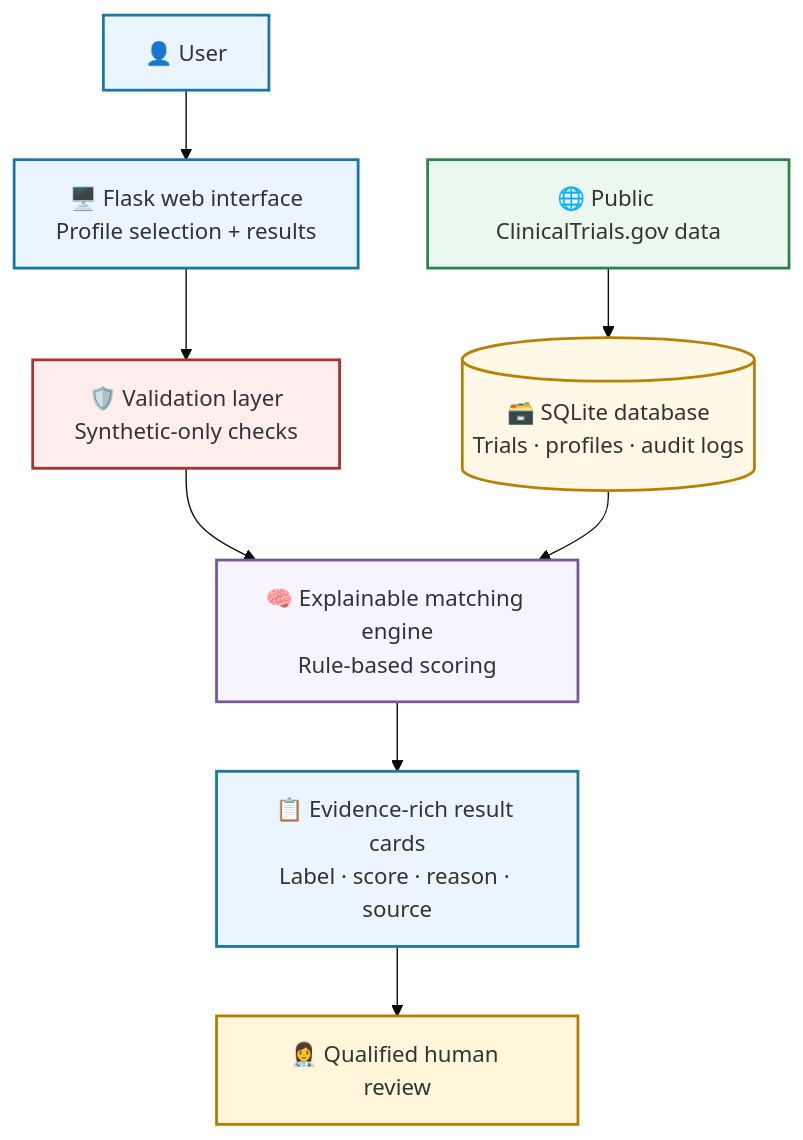
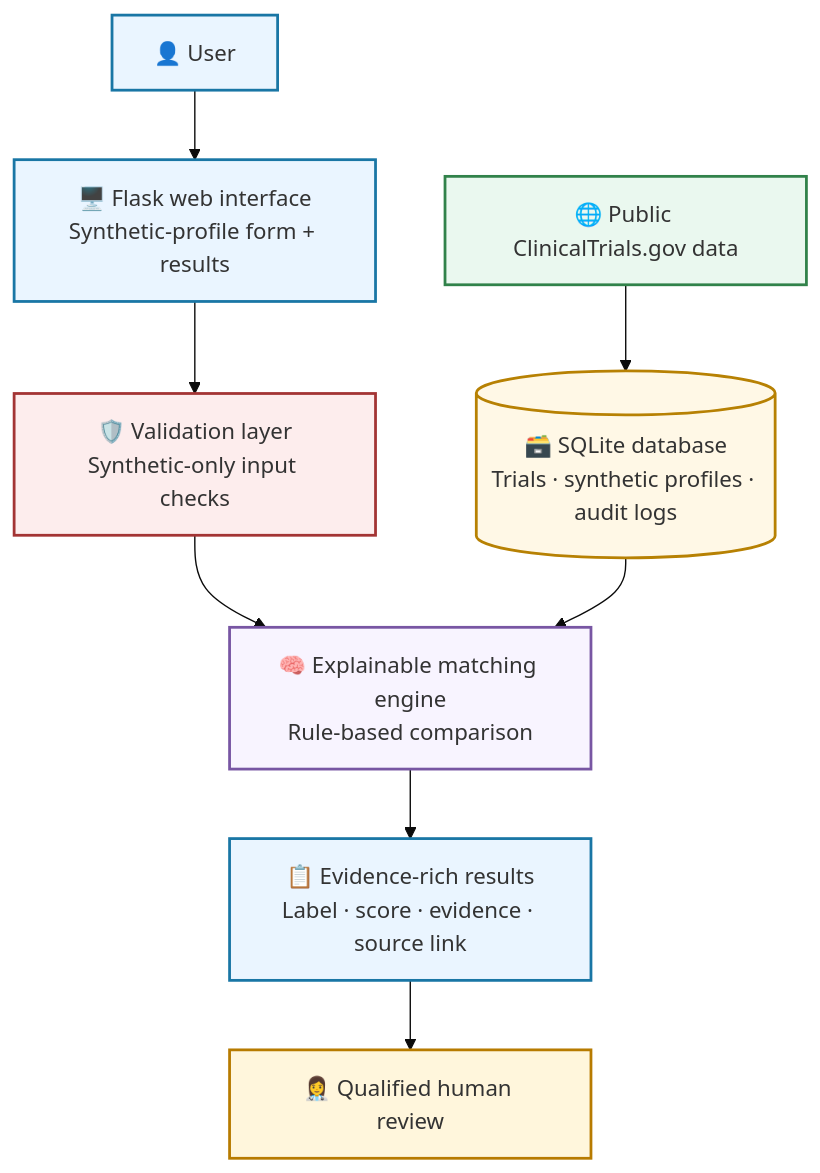
One commit to vivek0717/agentic-clinical-trial-matching changed the third of 3 diagrams in README.md. Above: the diagram before and after it, drawn with Mermaid (base theme). The commit also changed other lines of this file, not shown here.

````diff
--- a/README.md
+++ b/README.md
@@ -216,28 +259,28 @@
 ```mermaid
 flowchart TB
     U["👤 User"]
-    UI["🖥️ Flask web interface<br/>Profile selection + results"]
-    V["🛡️ Validation layer<br/>Synthetic-only checks"]
-    M["🧠 Explainable matching engine<br/>Rule-based scoring"]
-    DB[("🗃️ SQLite database<br/>Trials · profiles · audit logs")]
+    UI["🖥️ Flask web interface<br/>Synthetic-profile form + results"]
+    V["🛡️ Validation layer<br/>Synthetic-only input checks"]
+    M["🧠 Explainable matching engine<br/>Rule-based comparison"]
+    DB[("🗃️ SQLite database<br/>Trials · synthetic profiles · audit logs")]
     D["🌐 Public ClinicalTrials.gov data"]
-    R["📋 Evidence-rich result cards<br/>Label · score · reason · source"]
+    R["📋 Evidence-rich results<br/>Label · score · evidence · source link"]
     H["👩‍⚕️ Qualified human review"]
 
     U --> UI
     UI --> V
     V --> M
     DB --> M
     D --> DB
     M --> R
     R --> H
 
     style U fill:#EAF5FF,stroke:#1976A5,stroke-width:2px
     style UI fill:#EAF5FF,stroke:#1976A5,stroke-width:2px
     style V fill:#FDEDED,stroke:#A33434,stroke-width:2px
     style M fill:#F8F4FF,stroke:#7856A3,stroke-width:2px
     style DB fill:#FFF8E6,stroke:#B78103,stroke-width:2px
     style D fill:#EAF8EF,stroke:#31824A,stroke-width:2px
     style R fill:#EAF5FF,stroke:#1976A5,stroke-width:2px
     style H fill:#FFF6DC,stroke:#B77B00,stroke-width:2px
 ```
````
